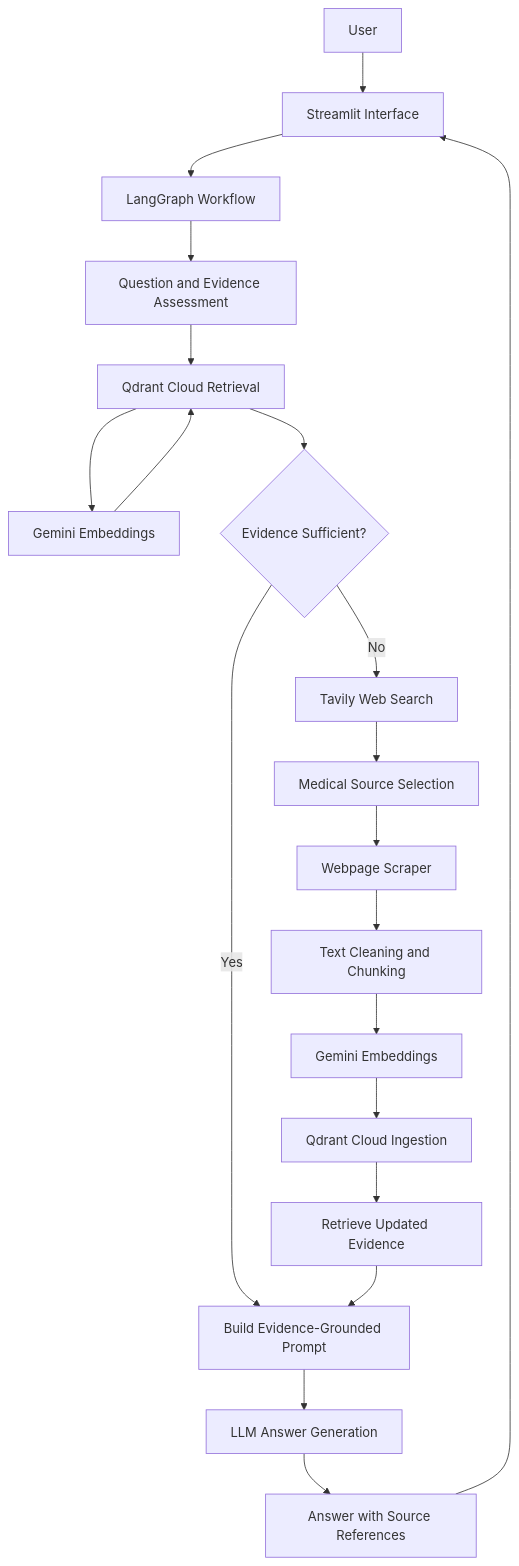
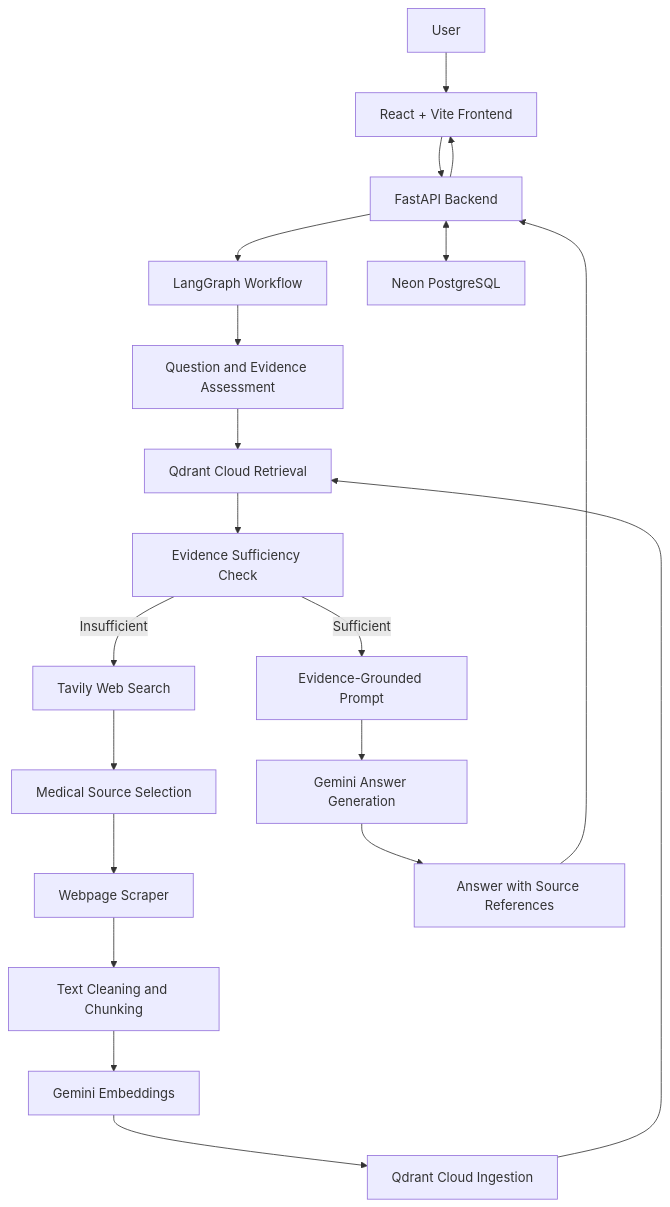
One commit to Ayushkr240/CareRoot changed the first of 2 diagrams in readme.md. Above: the diagram before and after it, drawn with Mermaid. The commit also changed other lines of this file and 19 other files, not shown here.

Commit message:
Update CareRoot frontend and backend

````diff
--- a/readme.md
+++ b/readme.md
@@ -35,27 +42,30 @@
 ```mermaid
 flowchart TD
-    A[User] --> B[Streamlit Interface]
-    B --> C[LangGraph Workflow]
-    C --> D[Question and Evidence Assessment]
+    A[User] --> B[React + Vite Frontend]
+    B --> C[FastAPI Backend]
 
-    D --> E[Qdrant Cloud Retrieval]
-    E --> F[Gemini Embeddings]
-    F --> E
+    C --> D[LangGraph Workflow]
 
-    E --> G{Evidence Sufficient?}
+    D --> E[Question and Evidence Assessment]
+    E --> F[Qdrant Cloud Retrieval]
 
-    G -->|Yes| H[Build Evidence-Grounded Prompt]
-    G -->|No| I[Tavily Web Search]
+    F --> G[Evidence Sufficiency Check]
+
+    G -->|Sufficient| H[Evidence-Grounded Prompt]
+    G -->|Insufficient| I[Tavily Web Search]
 
     I --> J[Medical Source Selection]
     J --> K[Webpage Scraper]
     K --> L[Text Cleaning and Chunking]
     L --> M[Gemini Embeddings]
     M --> N[Qdrant Cloud Ingestion]
-    N --> O[Retrieve Updated Evidence]
 
-    O --> H
-    H --> P[LLM Answer Generation]
-    P --> Q[Answer with Source References]
-    Q --> B
+    N --> F
+
+    H --> O[Gemini Answer Generation]
+    O --> P[Answer with Source References]
+    P --> C
+    C --> B
+
+    C <--> Q[Neon PostgreSQL]
 ```
````
